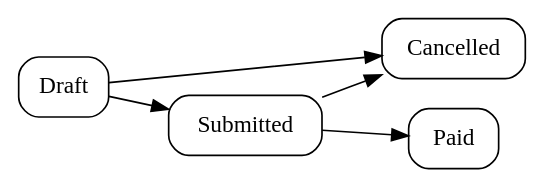
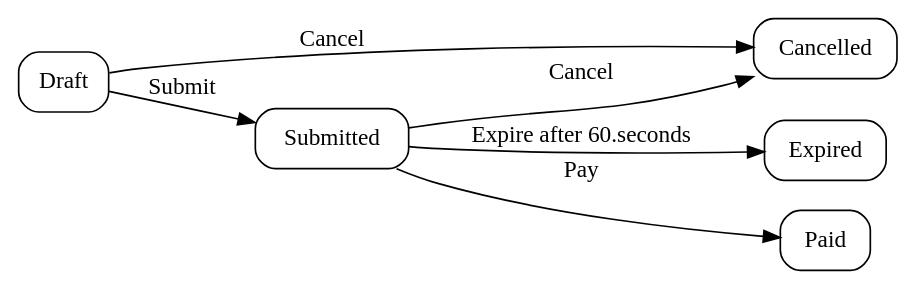
Before and after one commit to mirkobrombin/foundation-lang: the diagram in examples/state-machine/expected.dot, drawn with Graphviz. The commit also changed 46 other files, not shown here.

```diff
--- a/examples/state-machine/expected.dot
+++ b/examples/state-machine/expected.dot
@@ -1,8 +1,9 @@
 digraph FSM {
     rankdir=LR;
     node [shape=box style=rounded];
-    Draft -> Cancelled;
-    Draft -> Submitted;
-    Submitted -> Cancelled;
-    Submitted -> Paid;
+    Draft -> Cancelled [label="Cancel"];
+    Draft -> Submitted [label="Submit"];
+    Submitted -> Cancelled [label="Cancel"];
+    Submitted -> Expired [label="Expire after 60.seconds"];
+    Submitted -> Paid [label="Pay"];
 }
```
